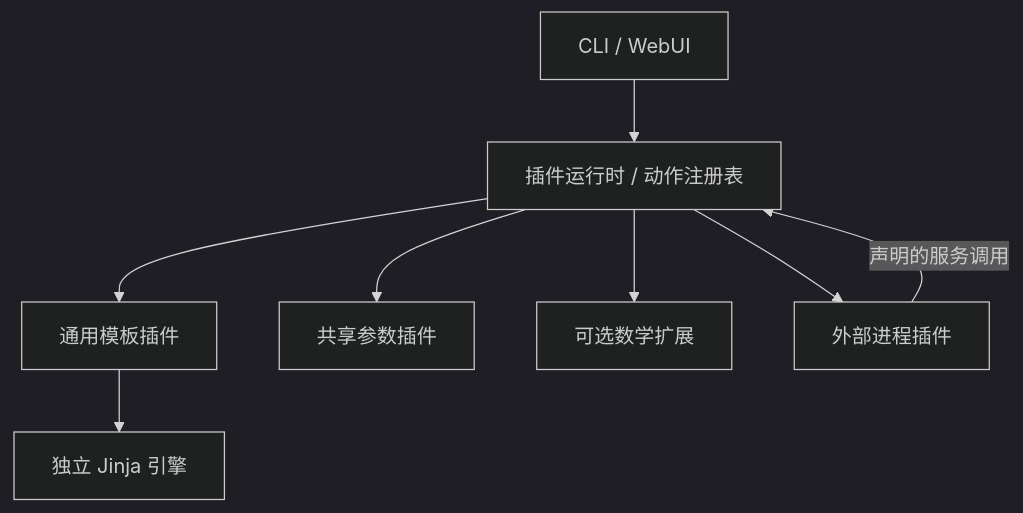
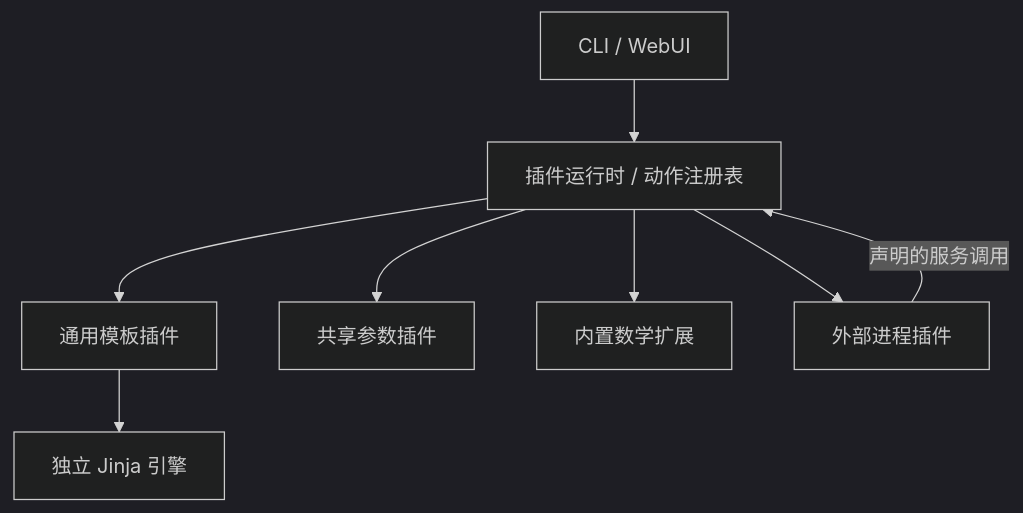
One commit to lzg9698-code/nctool-tpl changed the diagram in docs/ARCHITECTURE.md. Above: the diagram before and after it, drawn with Mermaid (dark theme). The commit also changed other lines of this file and 57 other files, not shown here.

````diff
--- a/docs/ARCHITECTURE.md
+++ b/docs/ARCHITECTURE.md
@@ -7,10 +7,10 @@
 ```mermaid
 flowchart TB
     Surfaces[CLI / WebUI] --> Runtime[插件运行时 / 动作注册表]
     Runtime --> Template[通用模板插件]
     Template --> Engine[独立 Jinja 引擎]
     Runtime --> Parameters[共享参数插件]
-    Runtime --> Math[可选数学扩展]
+    Runtime --> Math[内置数学扩展]
     Runtime --> External[外部进程插件]
     External -->|声明的服务调用| Runtime
 ```
````
